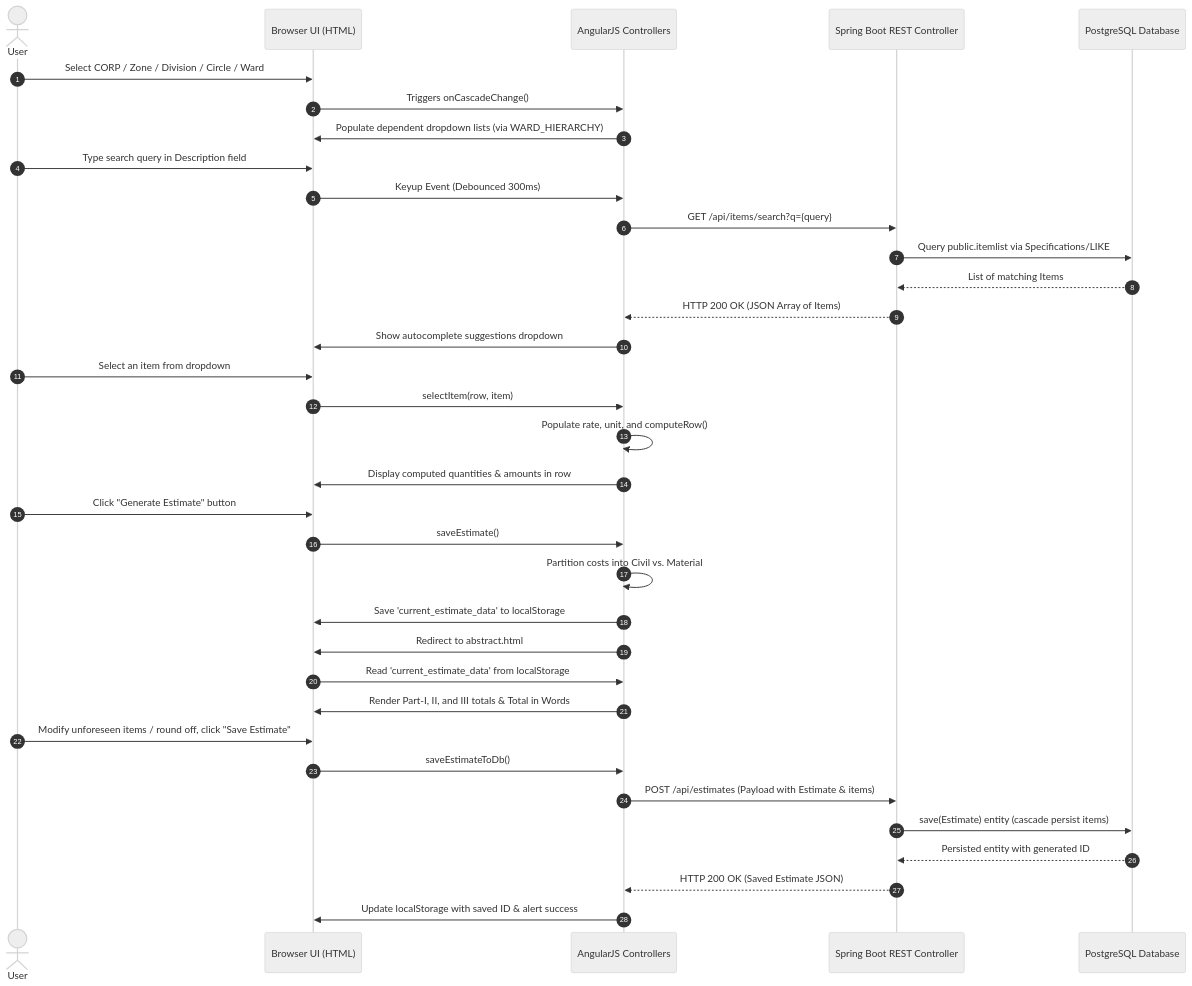
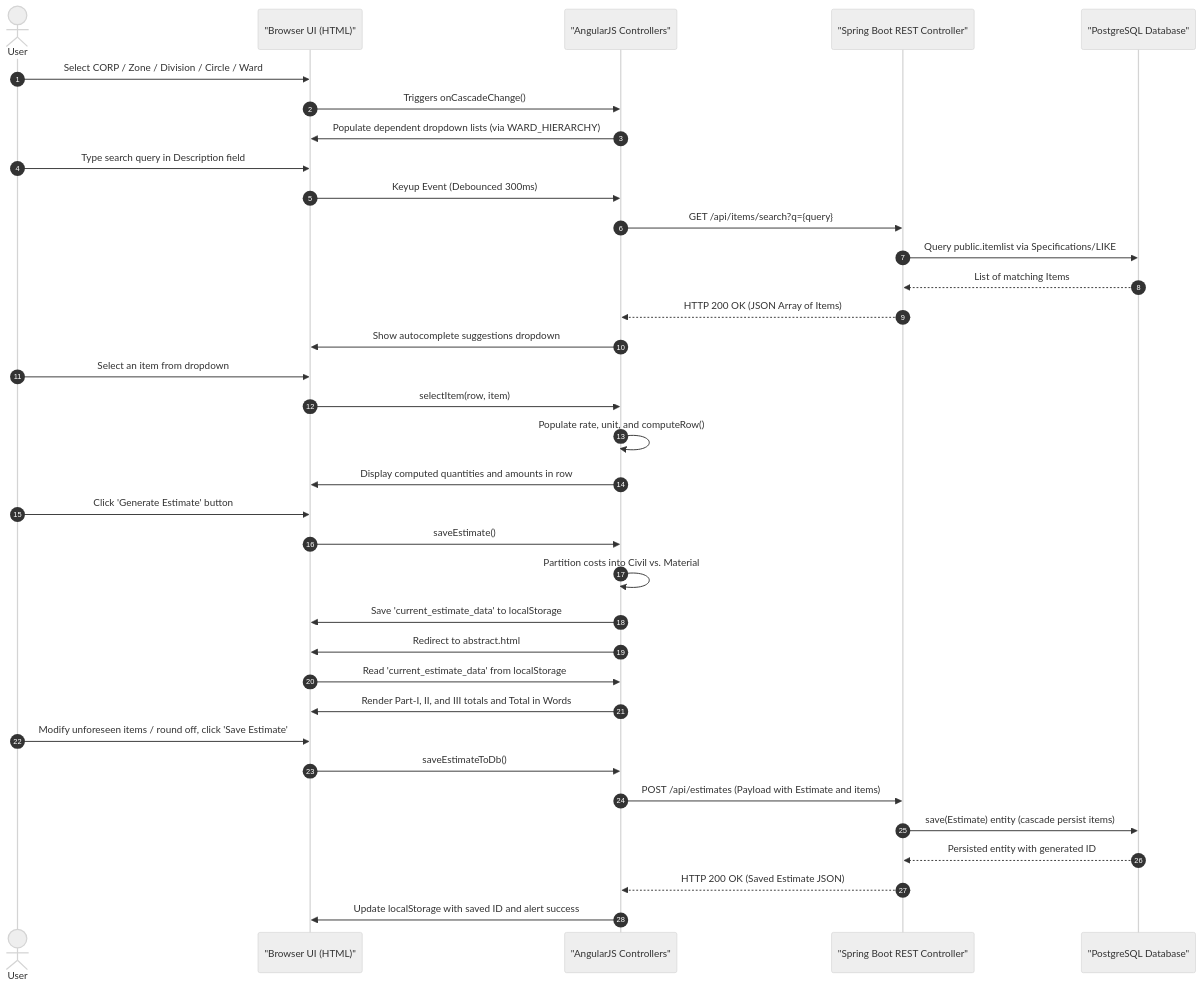
Before and after one commit to 23-303-mvsrec/works: the fourth of 4 diagrams in codebase_diagrams.md, drawn with Mermaid (neutral theme). The commit also changed other lines of this file and 31 other files, not shown here.

````diff
--- a/codebase_diagrams.md
+++ b/codebase_diagrams.md
@@ -191,47 +191,47 @@
 ```mermaid
 sequenceDiagram
     autonumber
     actor User
-    participant UI as Browser UI (HTML)
-    participant Angular as AngularJS Controllers
-    participant API as Spring Boot REST Controller
-    participant DB as PostgreSQL Database
+    participant UI as "Browser UI (HTML)"
+    participant Angular as "AngularJS Controllers"
+    participant API as "Spring Boot REST Controller"
+    participant DB as "PostgreSQL Database"
 
     %% Step 1: Dropdown Selection
     User->>UI: Select CORP / Zone / Division / Circle / Ward
     UI->>Angular: Triggers onCascadeChange()
     Angular->>UI: Populate dependent dropdown lists (via WARD_HIERARCHY)
 
     %% Step 2: Search and Autocomplete
     User->>UI: Type search query in Description field
     UI->>Angular: Keyup Event (Debounced 300ms)
     Angular->>API: GET /api/items/search?q={query}
     API->>DB: Query public.itemlist via Specifications/LIKE
     DB-->>API: List of matching Items
     API-->>Angular: HTTP 200 OK (JSON Array of Items)
     Angular->>UI: Show autocomplete suggestions dropdown
 
     %% Step 3: Selection & Row Calculation
     User->>UI: Select an item from dropdown
     UI->>Angular: selectItem(row, item)
     Angular->>Angular: Populate rate, unit, and computeRow()
-    Angular->>UI: Display computed quantities & amounts in row
+    Angular->>UI: Display computed quantities and amounts in row
 
     %% Step 4: Redirection and LocalStorage
-    User->>UI: Click "Generate Estimate" button
+    User->>UI: Click 'Generate Estimate' button
     UI->>Angular: saveEstimate()
     Angular->>Angular: Partition costs into Civil vs. Material
     Angular->>UI: Save 'current_estimate_data' to localStorage
     Angular->>UI: Redirect to abstract.html
 
     %% Step 5: Abstract Load & Persistence
     UI->>Angular: Read 'current_estimate_data' from localStorage
-    Angular->>UI: Render Part-I, II, and III totals & Total in Words
-    User->>UI: Modify unforeseen items / round off, click "Save Estimate"
+    Angular->>UI: Render Part-I, II, and III totals and Total in Words
+    User->>UI: Modify unforeseen items / round off, click 'Save Estimate'
     UI->>Angular: saveEstimateToDb()
-    Angular->>API: POST /api/estimates (Payload with Estimate & items)
+    Angular->>API: POST /api/estimates (Payload with Estimate and items)
     API->>DB: save(Estimate) entity (cascade persist items)
     DB-->>API: Persisted entity with generated ID
     API-->>Angular: HTTP 200 OK (Saved Estimate JSON)
-    Angular->>UI: Update localStorage with saved ID & alert success
+    Angular->>UI: Update localStorage with saved ID and alert success
 ```
````
